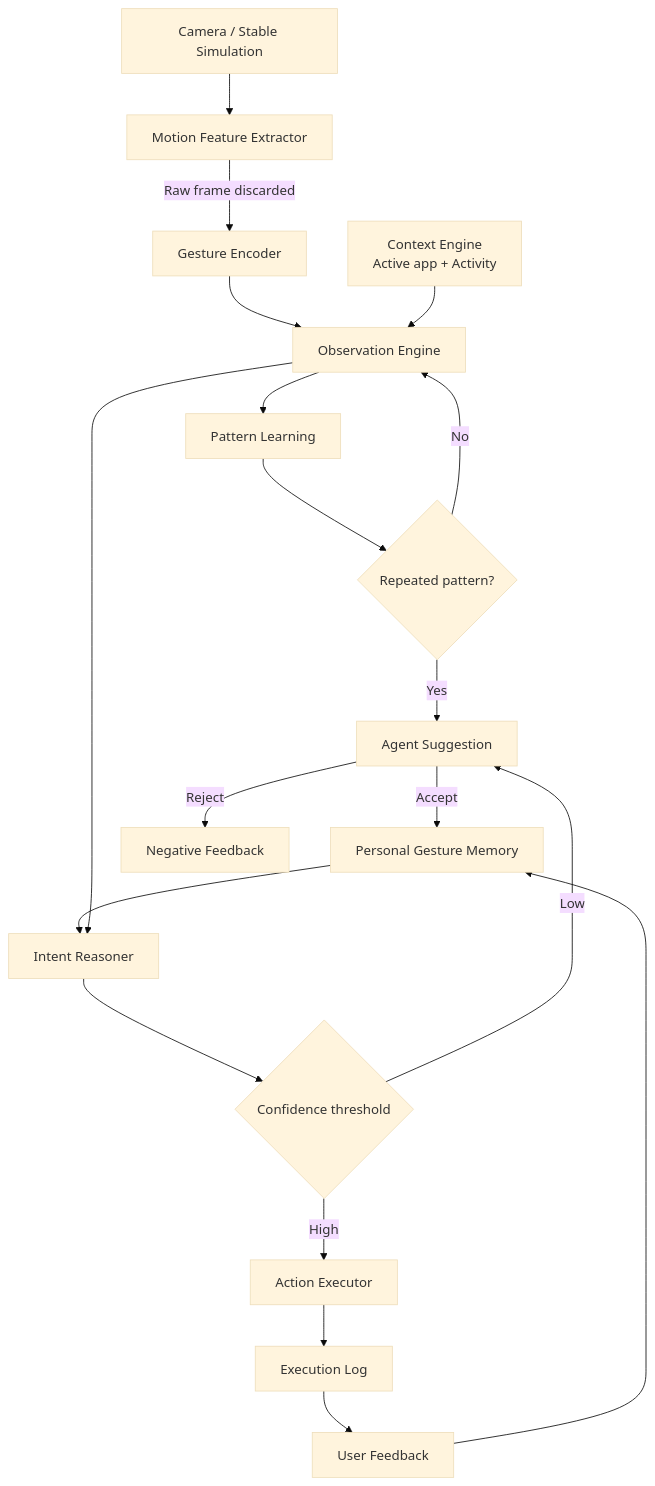
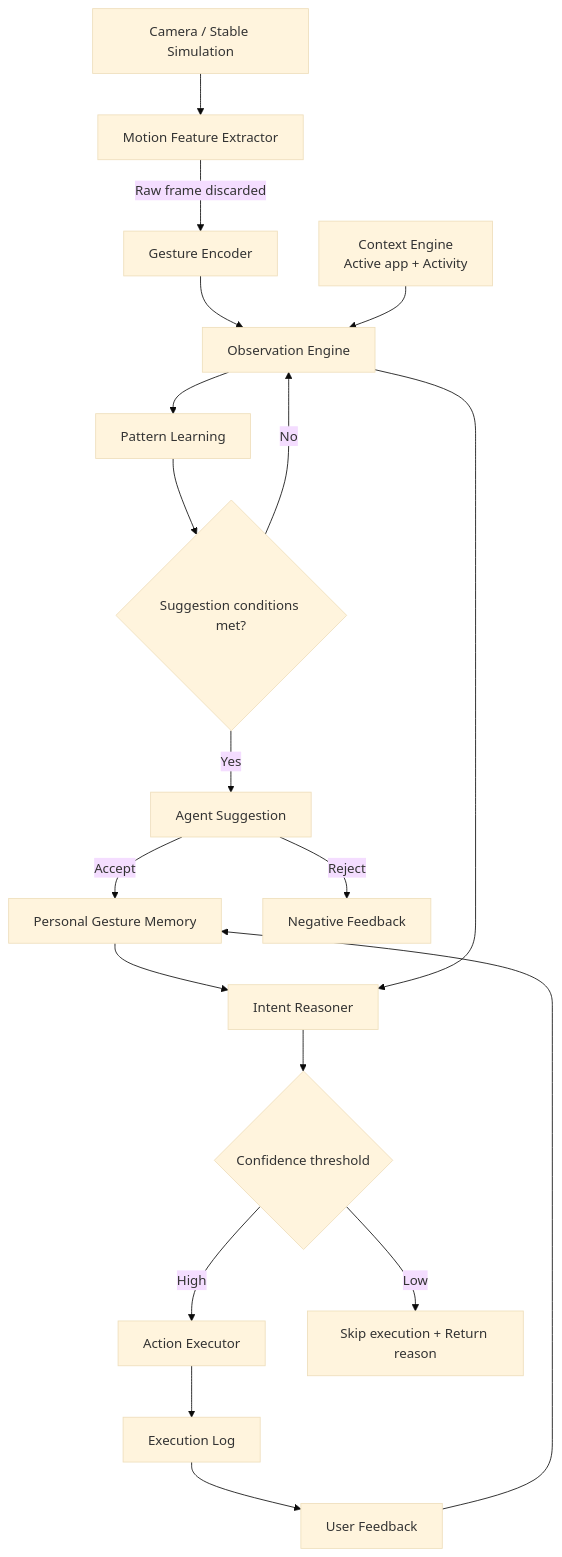
The diagram in docs/architecture.md (Wanted-WAVE-ON/WAVE-ON), drawn with Mermaid (base theme) before and after one commit. The commit also changed other lines of this file and 53 other files, not shown here.

````diff
--- a/docs/architecture.md
+++ b/docs/architecture.md
@@ -7,21 +7,21 @@
 ```mermaid
 flowchart TD
     A[Camera / Stable Simulation] --> B[Motion Feature Extractor]
     B -->|Raw frame discarded| C[Gesture Encoder]
     C --> D[Observation Engine]
     X[Context Engine<br/>Active app + Activity] --> D
     D --> E[Pattern Learning]
-    E --> F{Repeated pattern?}
+    E --> F{Suggestion conditions met?}
     F -- No --> D
     F -- Yes --> G[Agent Suggestion]
     G -- Accept --> H[Personal Gesture Memory]
     G -- Reject --> I[Negative Feedback]
     H --> J[Intent Reasoner]
     D --> J
     J --> K{Confidence threshold}
     K -- High --> L[Action Executor]
-    K -- Low --> G
+    K -- Low --> O[Skip execution + Return reason]
     L --> M[Execution Log]
     M --> N[User Feedback]
     N --> H
 ```
````
